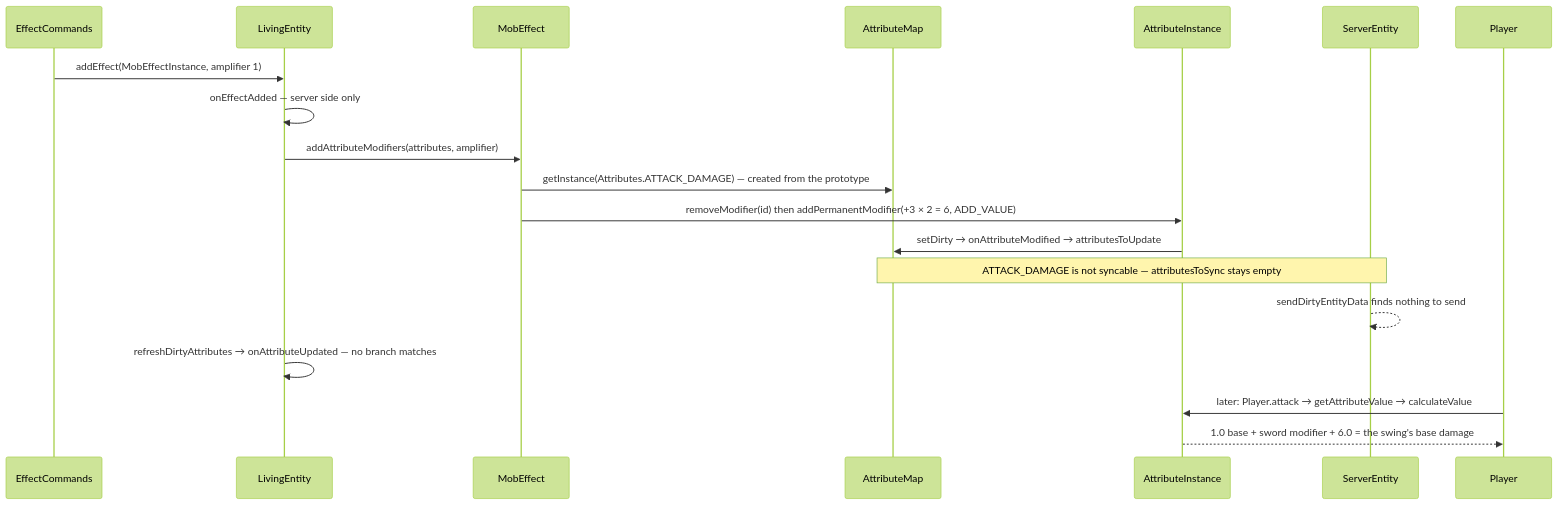
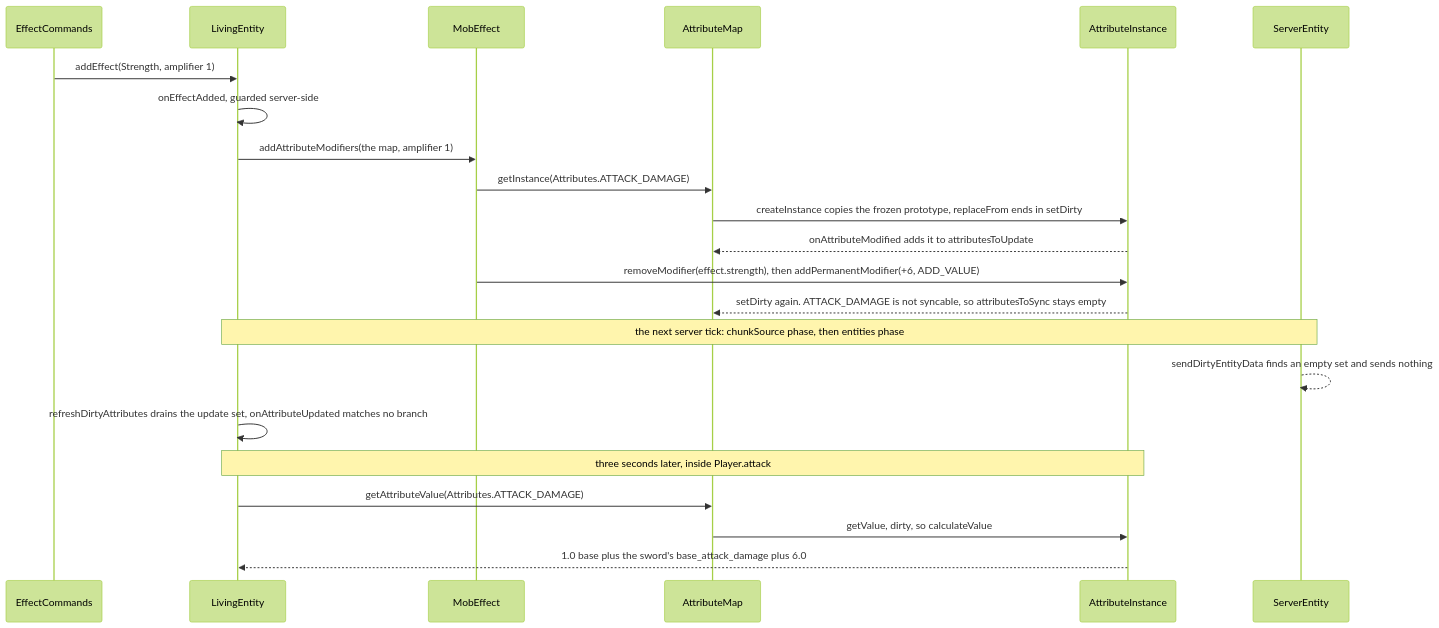
One commit to AlexanderjFraser/MinecraftDocs changed the third of 3 diagrams in src/systems/entities/attributes.md. Above: the diagram before and after it, drawn with Mermaid (forest theme). The commit also changed other lines of this file and 22 other files, not shown here.

````diff
--- a/src/systems/entities/attributes.md
+++ b/src/systems/entities/attributes.md
@@ -162,22 +281,25 @@
 ```mermaid
 sequenceDiagram
-    participant CMD as EffectCommands
+    participant EffC as EffectCommands
     participant LE as LivingEntity
     participant ME as MobEffect
-    participant AM as AttributeMap
-    participant AI as AttributeInstance
+    participant AttrM as AttributeMap
+    participant AttrI as AttributeInstance
     participant SE as ServerEntity
-    participant PL as Player
 
-    CMD->>LE: addEffect(MobEffectInstance, amplifier 1)
-    LE->>LE: onEffectAdded — server side only
-    LE->>ME: addAttributeModifiers(attributes, amplifier)
-    ME->>AM: getInstance(Attributes.ATTACK_DAMAGE) — created from the prototype
-    ME->>AI: removeModifier(id) then addPermanentModifier(+3 × 2 = 6, ADD_VALUE)
-    AI->>AM: setDirty → onAttributeModified → attributesToUpdate
-    Note over AM,SE: ATTACK_DAMAGE is not syncable — attributesToSync stays empty
-    SE-->>SE: sendDirtyEntityData finds nothing to send
-    LE->>LE: refreshDirtyAttributes → onAttributeUpdated — no branch matches
-    PL->>AI: later: Player.attack → getAttributeValue → calculateValue
-    AI-->>PL: 1.0 base + sword modifier + 6.0 = the swing's base damage
+    EffC->>LE: addEffect(Strength, amplifier 1)
+    LE->>LE: onEffectAdded, guarded server-side
+    LE->>ME: addAttributeModifiers(the map, amplifier 1)
+    ME->>AttrM: getInstance(Attributes.ATTACK_DAMAGE)
+    AttrM->>AttrI: createInstance copies the frozen prototype, replaceFrom ends in setDirty
+    AttrI-->>AttrM: onAttributeModified adds it to attributesToUpdate
+    ME->>AttrI: removeModifier(effect.strength), then addPermanentModifier(+6, ADD_VALUE)
+    AttrI-->>AttrM: setDirty again. ATTACK_DAMAGE is not syncable, so attributesToSync stays empty
+    Note over LE,SE: the next server tick: chunkSource phase, then entities phase
+    SE-->>SE: sendDirtyEntityData finds an empty set and sends nothing
+    LE->>LE: refreshDirtyAttributes drains the update set, onAttributeUpdated matches no branch
+    Note over LE,AttrI: three seconds later, inside Player.attack
+    LE->>AttrM: getAttributeValue(Attributes.ATTACK_DAMAGE)
+    AttrM->>AttrI: getValue, dirty, so calculateValue
+    AttrI-->>LE: 1.0 base plus the sword's base_attack_damage plus 6.0
 ```
````
